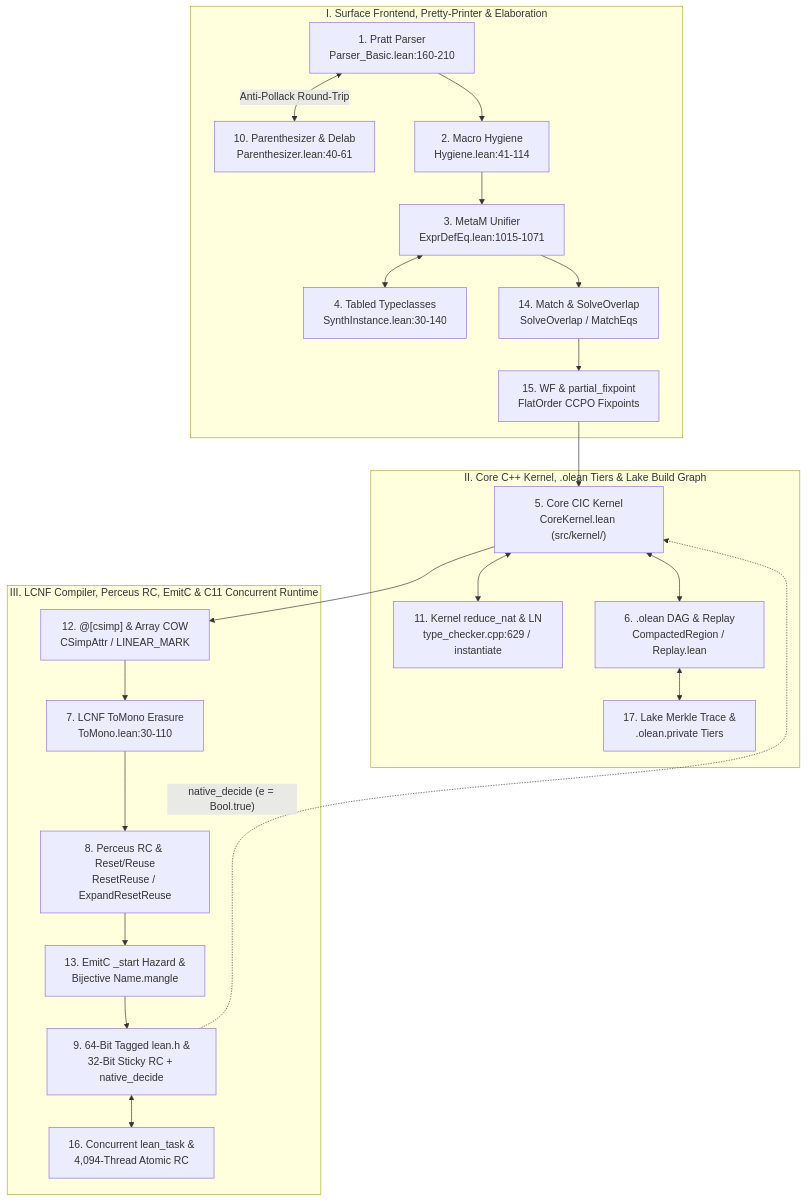
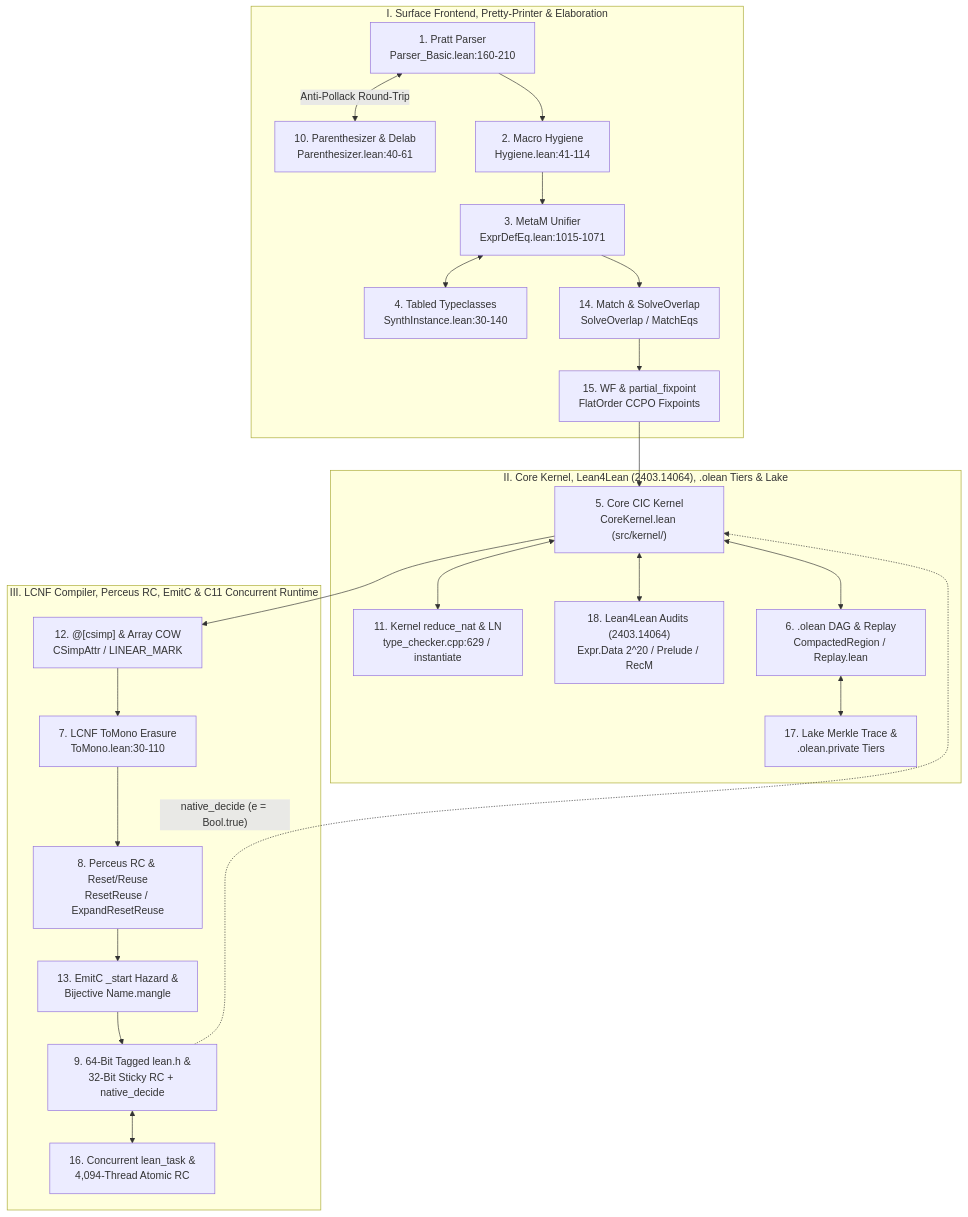
Before and after one commit to BenoitSchillings/lean-in-lean: the diagram in README.md, drawn with Mermaid. The commit also changed other lines of this file and 8 other files, not shown here.

Commit message:
Add Layer 18 formalizing arXiv:2403.14064 (Lean4Lean) bugs, prelude guards, RecM fuel & step-indexing; calibrate docs & PDF

````diff
--- a/README.md
+++ b/README.md
@@ -48,26 +69,27 @@
 ```mermaid
 flowchart TB
     subgraph Frontend["I. Surface Frontend, Pretty-Printer & Elaboration"]
         P["1. Pratt Parser<br/>Parser_Basic.lean:160-210"] <-->|"Anti-Pollack Round-Trip"| PP["10. Parenthesizer & Delab<br/>Parenthesizer.lean:40-61"]
         P --> H["2. Macro Hygiene<br/>Hygiene.lean:41-114"]
         H --> M["3. MetaM Unifier<br/>ExprDefEq.lean:1015-1071"]
         M <--> TC["4. Tabled Typeclasses<br/>SynthInstance.lean:30-140"]
         M --> PM["14. Match & SolveOverlap<br/>SolveOverlap / MatchEqs"]
         PM --> REC["15. WF & partial_fixpoint<br/>FlatOrder CCPO Fixpoints"]
     end
-    subgraph Kernel["II. Core C++ Kernel, .olean Tiers & Lake Build Graph"]
+    subgraph Kernel["II. Core Kernel, Lean4Lean (2403.14064), .olean Tiers & Lake"]
         REC --> K["5. Core CIC Kernel<br/>CoreKernel.lean (src/kernel/)"]
         K <--> KD["11. Kernel reduce_nat & LN<br/>type_checker.cpp:629 / instantiate"]
+        K <--> L4L["18. Lean4Lean Audits (2403.14064)<br/>Expr.Data 2^20 / Prelude / RecM"]
         K <--> O["6. .olean DAG & Replay<br/>CompactedRegion / Replay.lean"]
         O <--> LK["17. Lake Merkle Trace &<br/>.olean.private Tiers"]
     end
     subgraph Backend["III. LCNF Compiler, Perceus RC, EmitC & C11 Concurrent Runtime"]
         K --> CS["12. @[csimp] & Array COW<br/>CSimpAttr / LINEAR_MARK"]
         CS --> E["7. LCNF ToMono Erasure<br/>ToMono.lean:30-110"]
         E --> RC["8. Perceus RC & Reset/Reuse<br/>ResetReuse / ExpandResetReuse"]
         RC --> EC["13. EmitC _start Hazard &<br/>Bijective Name.mangle"]
         EC --> RT["9. 64-Bit Tagged lean.h &<br/>32-Bit Sticky RC + native_decide"]
         RT <--> TSK["16. Concurrent lean_task &<br/>4,094-Thread Atomic RC"]
     end
     RT -.->|"native_decide (e = Bool.true)"| K
 ```
````
